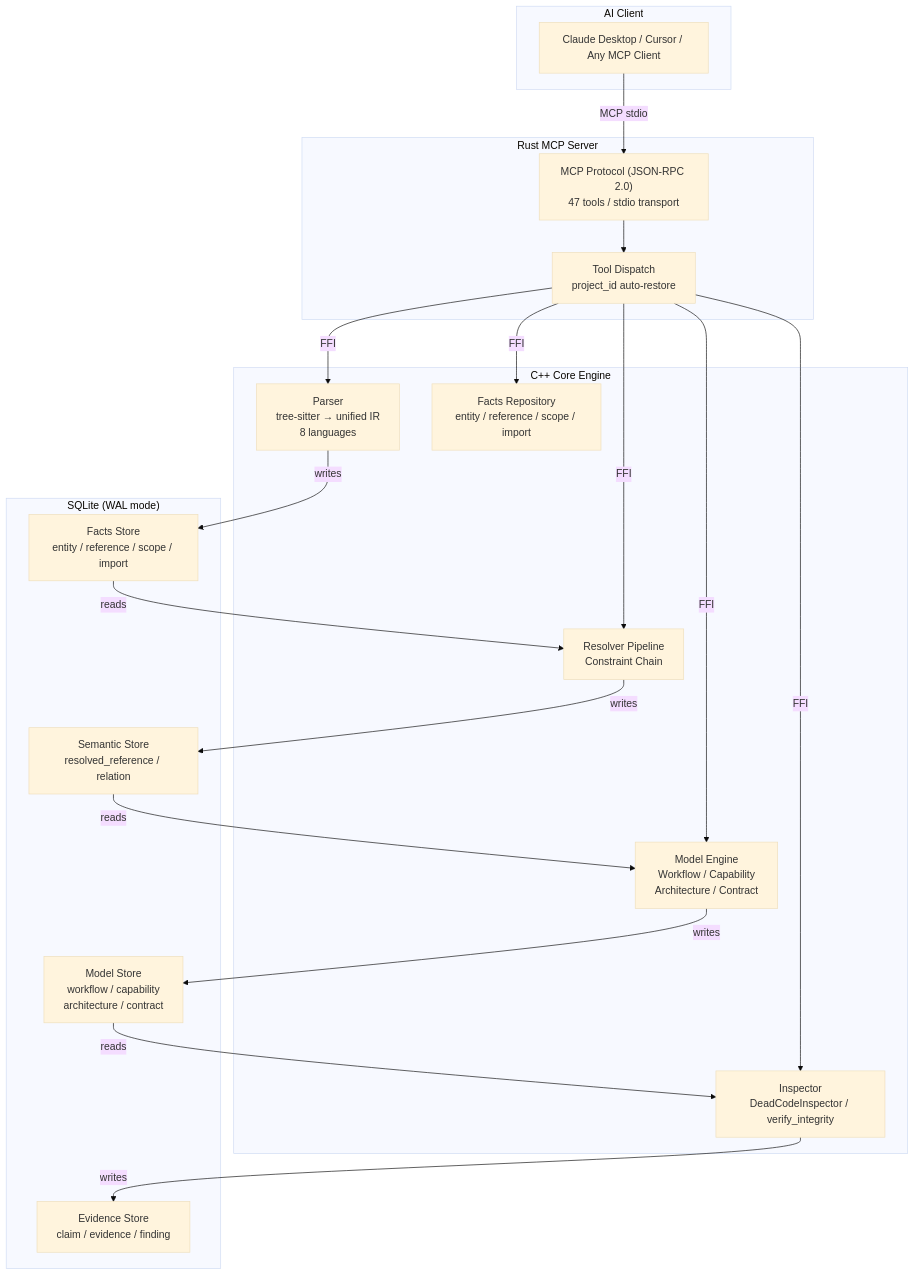
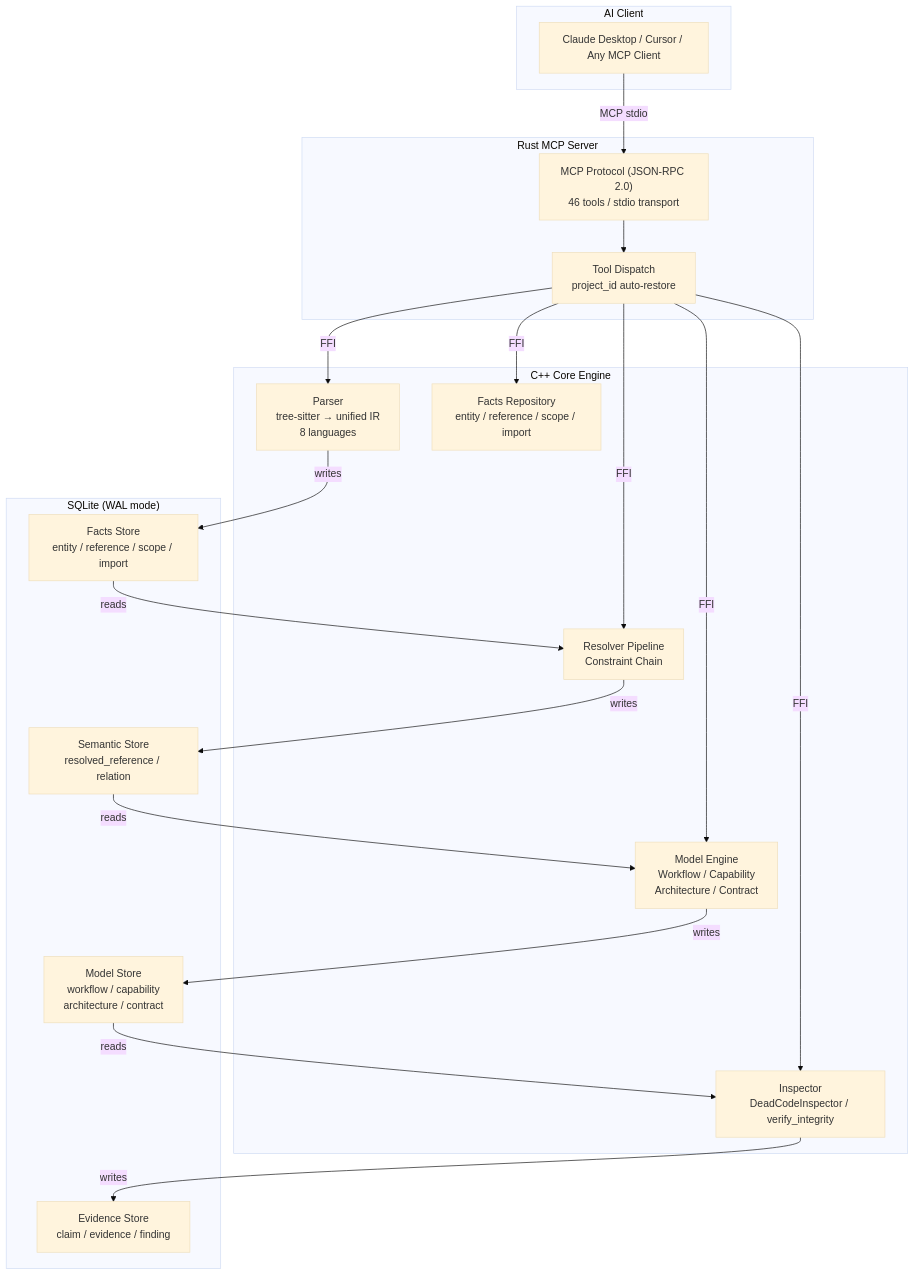
The first of 3 diagrams in README.md (Timwood0x10/CodeScope), drawn with Mermaid (base theme) before and after one commit. The commit also changed other lines of this file and 34 other files, not shown here.

````diff
--- a/README.md
+++ b/README.md
@@ -49,42 +67,42 @@
 ```mermaid
 graph TB
     subgraph "AI Client"
         Client["Claude Desktop / Cursor / Any MCP Client"]
     end
 
     subgraph "Rust MCP Server"
-        MCP["MCP Protocol (JSON-RPC 2.0)<br/>47 tools / stdio transport"]
+        MCP["MCP Protocol (JSON-RPC 2.0)<br/>46 tools / stdio transport"]
         DISPATCH["Tool Dispatch<br/>project_id auto-restore"]
     end
 
     subgraph "C++ Core Engine"
         PARSER["Parser<br/>tree-sitter → unified IR<br/>8 languages"]
         FACTS["Facts Repository<br/>entity / reference / scope / import"]
         RESOLVER["Resolver Pipeline<br/>Constraint Chain"]
         MODEL["Model Engine<br/>Workflow / Capability<br/>Architecture / Contract"]
         INSPECTOR["Inspector<br/>DeadCodeInspector / verify_integrity"]
     end
 
     subgraph "SQLite (WAL mode)"
         F_STORE["Facts Store<br/>entity / reference / scope / import"]
         S_STORE["Semantic Store<br/>resolved_reference / relation"]
         M_STORE["Model Store<br/>workflow / capability<br/>architecture / contract"]
         E_STORE["Evidence Store<br/>claim / evidence / finding"]
     end
 
     Client -->|"MCP stdio"| MCP
     MCP --> DISPATCH
     DISPATCH -->|"FFI"| PARSER
     DISPATCH -->|"FFI"| FACTS
     DISPATCH -->|"FFI"| RESOLVER
     DISPATCH -->|"FFI"| MODEL
     DISPATCH -->|"FFI"| INSPECTOR
 
     PARSER -->|"writes"| F_STORE
     F_STORE -->|"reads"| RESOLVER
     RESOLVER -->|"writes"| S_STORE
     S_STORE -->|"reads"| MODEL
     MODEL -->|"writes"| M_STORE
     M_STORE -->|"reads"| INSPECTOR
     INSPECTOR -->|"writes"| E_STORE
 ```
````
